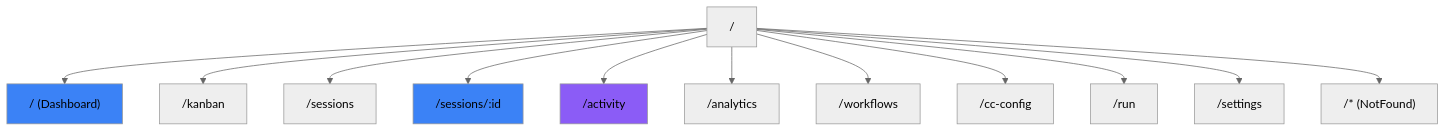
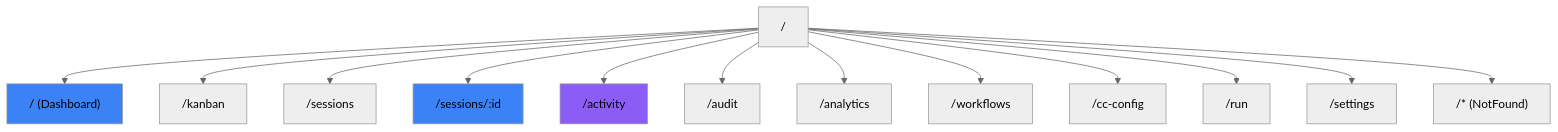
Before and after one commit to hoangsonww/Claude-Code-Agent-Monitor: the eighth of 19 diagrams in client/README.md, drawn with Mermaid (neutral theme). The commit also changed other lines of this file and 16 other files, not shown here.

````diff
--- a/client/README.md
+++ b/client/README.md
@@ -505,21 +508,22 @@
 ```mermaid
 graph TB
     Root["/"]
     Dashboard["/ (Dashboard)"]
     Kanban["/kanban"]
     Sessions["/sessions"]
     Detail["/sessions/:id"]
     Feed["/activity"]
+    Audit["/audit"]
     Analytics["/analytics"]
     Workflows["/workflows"]
     CcConfig["/cc-config"]
     Run["/run"]
     Settings["/settings"]
     NF["/* (NotFound)"]
 
-    Root --> Dashboard & Kanban & Sessions & Detail & Feed & Analytics & Workflows & CcConfig & Run & Settings & NF
+    Root --> Dashboard & Kanban & Sessions & Detail & Feed & Audit & Analytics & Workflows & CcConfig & Run & Settings & NF
 
     style Dashboard fill:#3B82F6
     style Detail fill:#3B82F6
     style Feed fill:#8B5CF6
 ```
````
